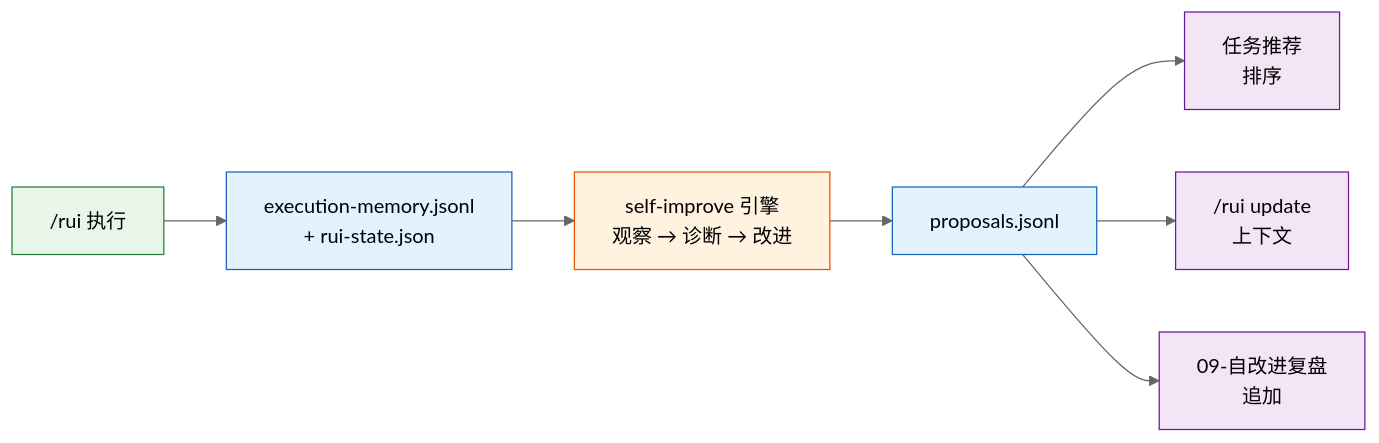
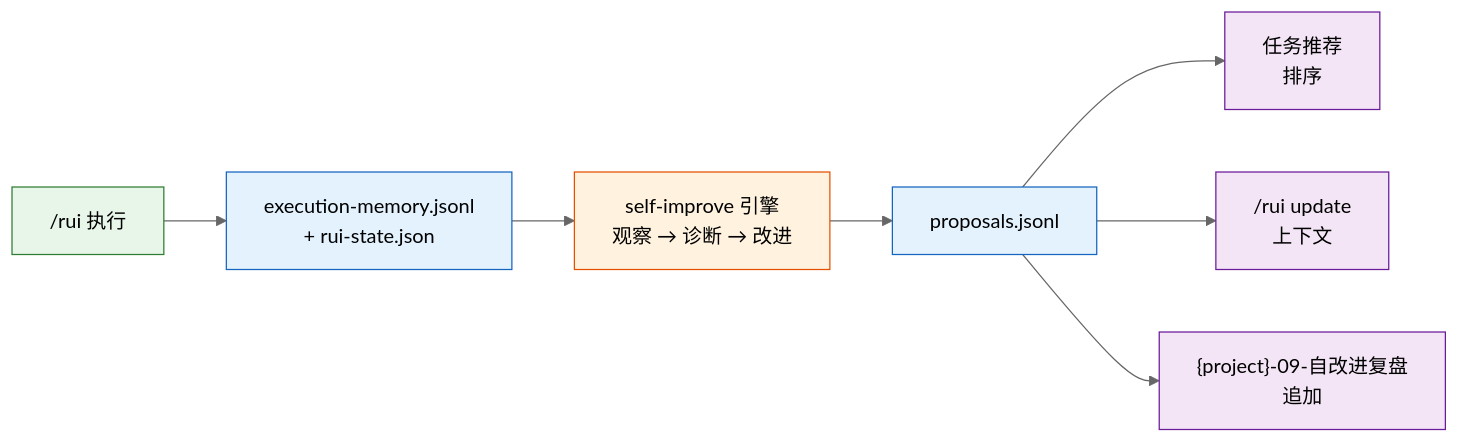
One commit to effiy/YrY changed the fifth of 5 diagrams in skills/rui/coder.md. Above: the diagram before and after it, drawn with Mermaid (neutral theme). The commit also changed other lines of this file and 17 other files, not shown here.

````diff
--- a/skills/rui/coder.md
+++ b/skills/rui/coder.md
@@ -165,14 +165,14 @@
 ```mermaid
 flowchart LR
     A["/rui 执行"]:::src --> B["execution-memory.jsonl<br/>+ rui-state.json"]:::store
     B --> C["self-improve 引擎<br/>观察 → 诊断 → 改进"]:::op
     C --> D["proposals.jsonl"]:::store
     D --> E1["任务推荐<br/>排序"]:::use
     D --> E2["/rui update<br/>上下文"]:::use
-    D --> E3["09-自改进复盘<br/>追加"]:::use
+    D --> E3["{project}-09-自改进复盘<br/>追加"]:::use
 
     classDef src fill:#e8f5e9,stroke:#2e7d32;
     classDef store fill:#e3f2fd,stroke:#1565c0;
     classDef op fill:#fff3e0,stroke:#e65100;
     classDef use fill:#f3e5f5,stroke:#6a1b9a;
 ```
````
